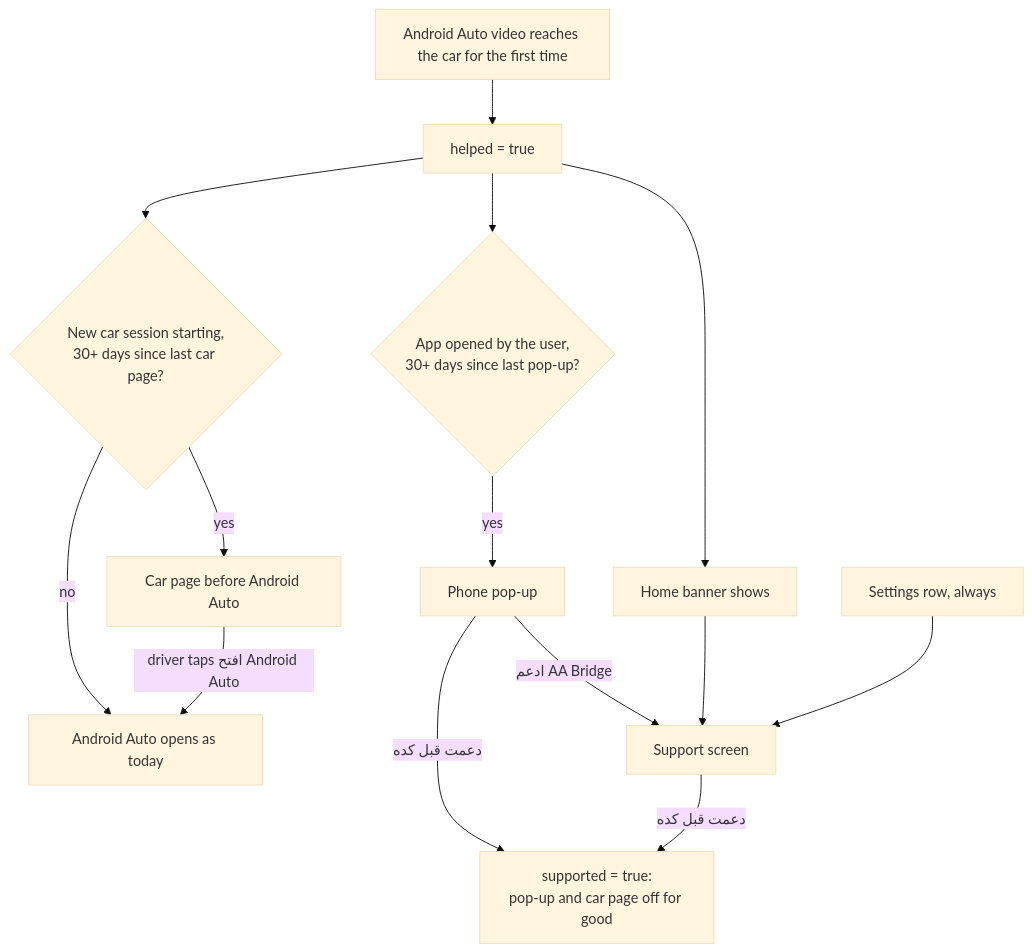
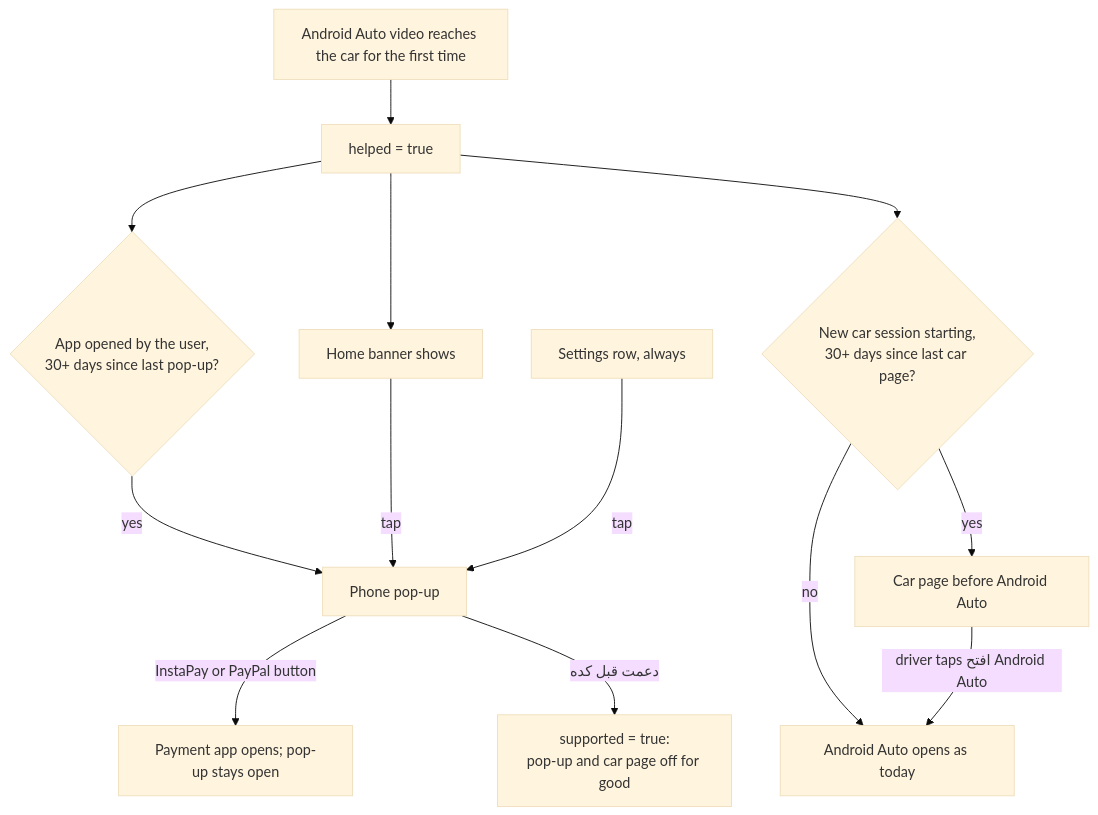
Before and after one commit to alimorgaan/AA-Bridge: the diagram in docs/superpowers/specs/2026-11-24-support-ask-design.md, drawn with Mermaid (base theme). The commit also changed other lines of this file, not shown here.

Commit message:
Update the support ask design: payment lives in the pop-up

````diff
--- a/docs/superpowers/specs/2026-11-24-support-ask-design.md
+++ b/docs/superpowers/specs/2026-11-24-support-ask-design.md
@@ -59,16 +59,15 @@
 ```mermaid
 flowchart TD
     A[Android Auto video reaches the car for the first time] --> H[helped = true]
     H --> B[Home banner shows]
     H --> P{App opened by the user,<br/>30+ days since last pop-up?}
     P -- yes --> PU[Phone pop-up]
     H --> C{New car session starting,<br/>30+ days since last car page?}
     C -- yes --> CP[Car page before Android Auto]
     C -- no --> AA[Android Auto opens as today]
     CP -- driver taps افتح Android Auto --> AA
-    PU -- ادعم AA Bridge --> S[Support screen]
-    B --> S
-    R[Settings row, always] --> S
+    B -- tap --> PU
+    R[Settings row, always] -- tap --> PU
+    PU -- InstaPay or PayPal button --> PAY[Payment app opens; pop-up stays open]
     PU -- دعمت قبل كده --> X[supported = true:<br/>pop-up and car page off for good]
-    S -- دعمت قبل كده --> X
 ```
````
